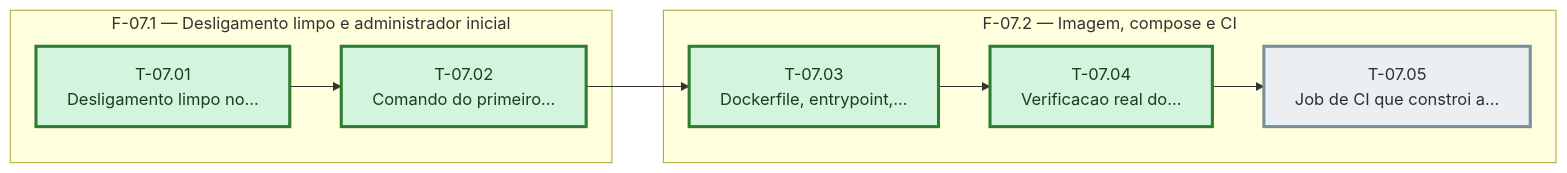
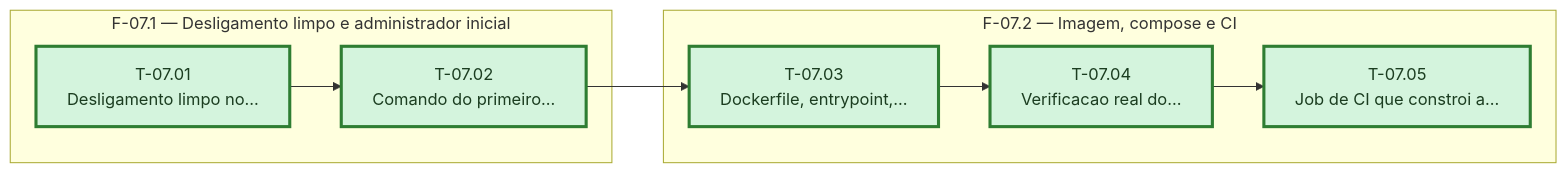
The diagram in docs/operacao-e-backup/sprint-07/fases.md (bittencourtthulio/converse-chatbot), drawn with Mermaid before and after one commit. The commit also changed other lines of this file and 4 other files, not shown here.

````diff
--- a/docs/operacao-e-backup/sprint-07/fases.md
+++ b/docs/operacao-e-backup/sprint-07/fases.md
@@ -31,30 +31,30 @@
 ```mermaid
 %% Grafo de tasks — sprint-07 — gerado pela sprintx a partir de tasks.md
 flowchart LR
   subgraph fase_07_1["F-07.1 — Desligamento limpo e administrador inicial"]
     T_07_01["T-07.01<br/>Desligamento limpo no…"]
     T_07_02["T-07.02<br/>Comando do primeiro…"]
   end
   subgraph fase_07_2["F-07.2 — Imagem, compose e CI"]
     T_07_03["T-07.03<br/>Dockerfile, entrypoint,…"]
     T_07_04["T-07.04<br/>Verificacao real do…"]
     T_07_05["T-07.05<br/>Job de CI que constroi a…"]
   end
   T_07_01 --> T_07_02
   T_07_02 --> T_07_03
   T_07_03 --> T_07_04
   T_07_04 --> T_07_05
 
   classDef concluida fill:#d4f4dd,stroke:#2e7d32,color:#1b3d20
   classDef andamento fill:#fff3cd,stroke:#b8860b,color:#4a3800
   classDef bloqueada fill:#f8d7da,stroke:#c62828,color:#4a1d1f
   classDef pendente  fill:#eceff1,stroke:#78909c,color:#263238
   classDef critico   stroke-width:3px
 
   class T_07_01 concluida
   class T_07_02 concluida
   class T_07_03 concluida
   class T_07_04 concluida
-  class T_07_05 pendente
+  class T_07_05 concluida
   class T_07_05,T_07_04,T_07_03,T_07_02,T_07_01 critico
 ```
````
